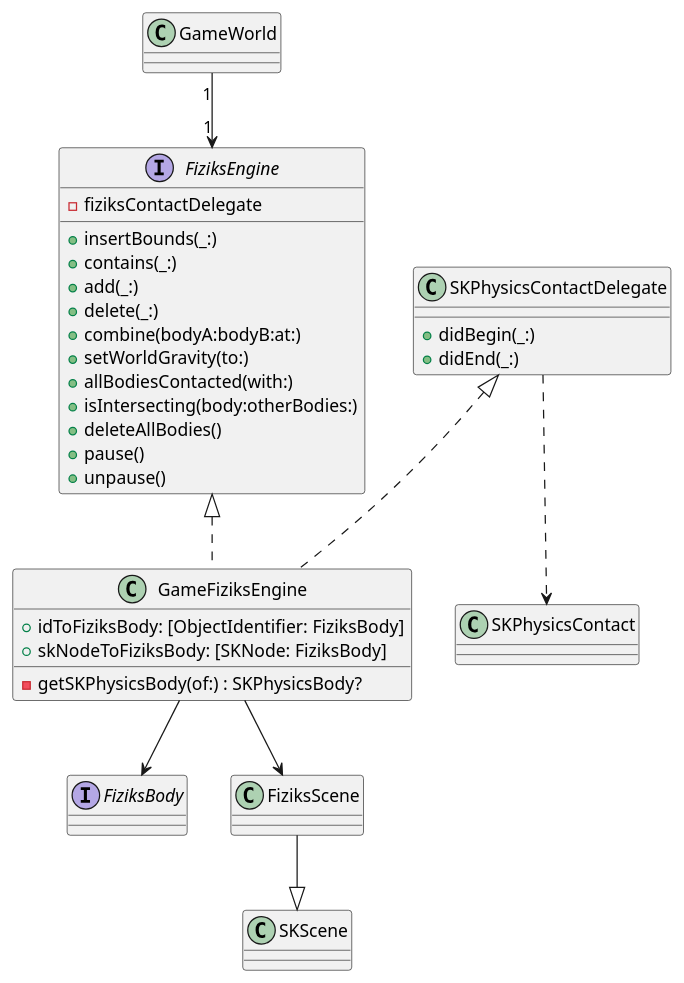
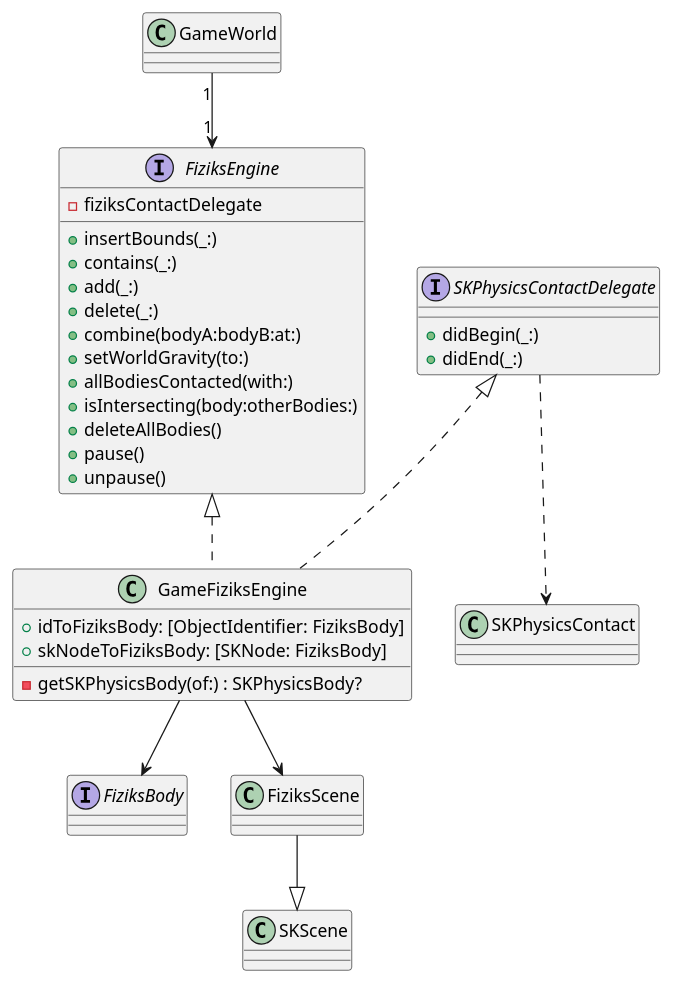
One commit to tumbling-towers/TumblingTowersGame changed the diagram in Docs/Diagrams/Physics/fiziks-engine-class-1.puml. Above: the diagram before and after it, drawn with PlantUML. The commit also changed 21 other files, not shown here.

Commit message:
update diagrams and fix small swiftlint errors

```diff
--- a/Docs/Diagrams/Physics/fiziks-engine-class-1.puml
+++ b/Docs/Diagrams/Physics/fiziks-engine-class-1.puml
@@ -1,37 +1,37 @@
 @startuml
 interface FiziksBody {
 
 }
 
 interface FiziksEngine {
     - fiziksContactDelegate
     +insertBounds(_:)
     +contains(_:)
     +add(_:)
     +delete(_:)
     +combine(bodyA:bodyB:at:)
     +setWorldGravity(to:)
     +allBodiesContacted(with:)
     +isIntersecting(body:otherBodies:)
     +deleteAllBodies()
     +pause()
     +unpause()
 }
 
 class GameFiziksEngine implements SKPhysicsContactDelegate, FiziksEngine {
     + idToFiziksBody: [ObjectIdentifier: FiziksBody]
     + skNodeToFiziksBody: [SKNode: FiziksBody]
     - getSKPhysicsBody(of:) : SKPhysicsBody?
 }
 
-class SKPhysicsContactDelegate {
+interface SKPhysicsContactDelegate {
     +didBegin(_:)
     +didEnd(_:)
 }
 
 GameFiziksEngine --> FiziksBody
 GameFiziksEngine --> FiziksScene
 SKPhysicsContactDelegate ..> SKPhysicsContact
 FiziksScene --|> SKScene
 GameWorld "1"-->"1" FiziksEngine
 @enduml
```
